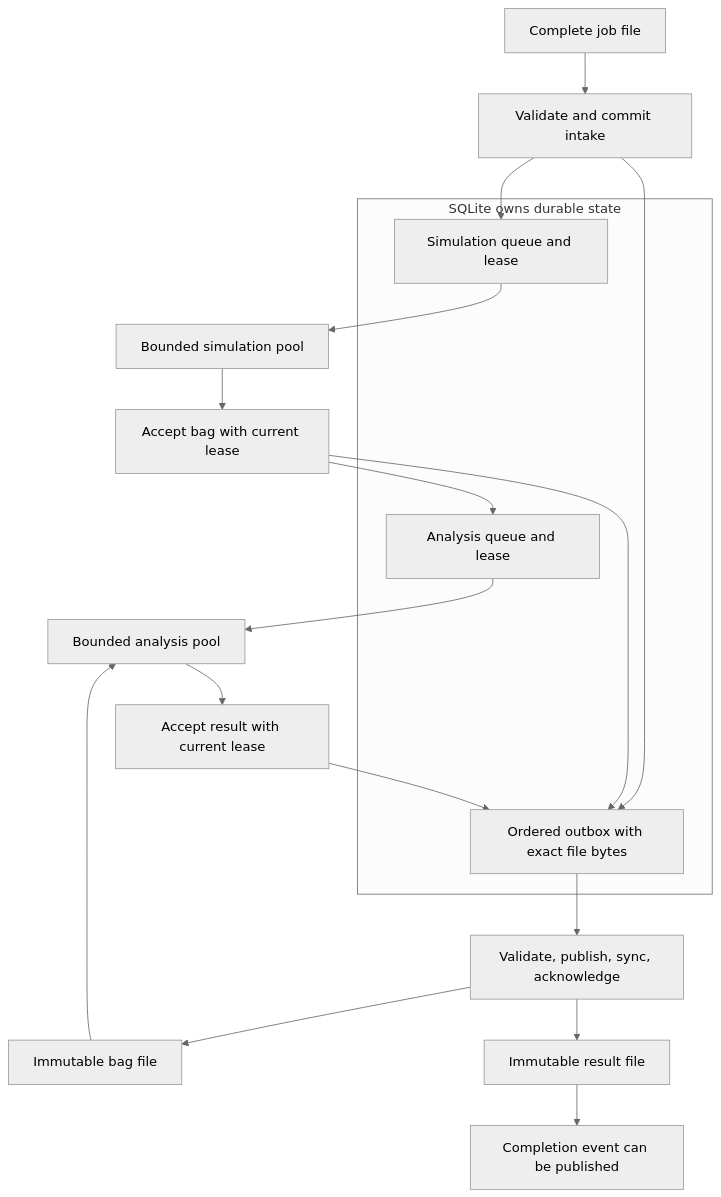
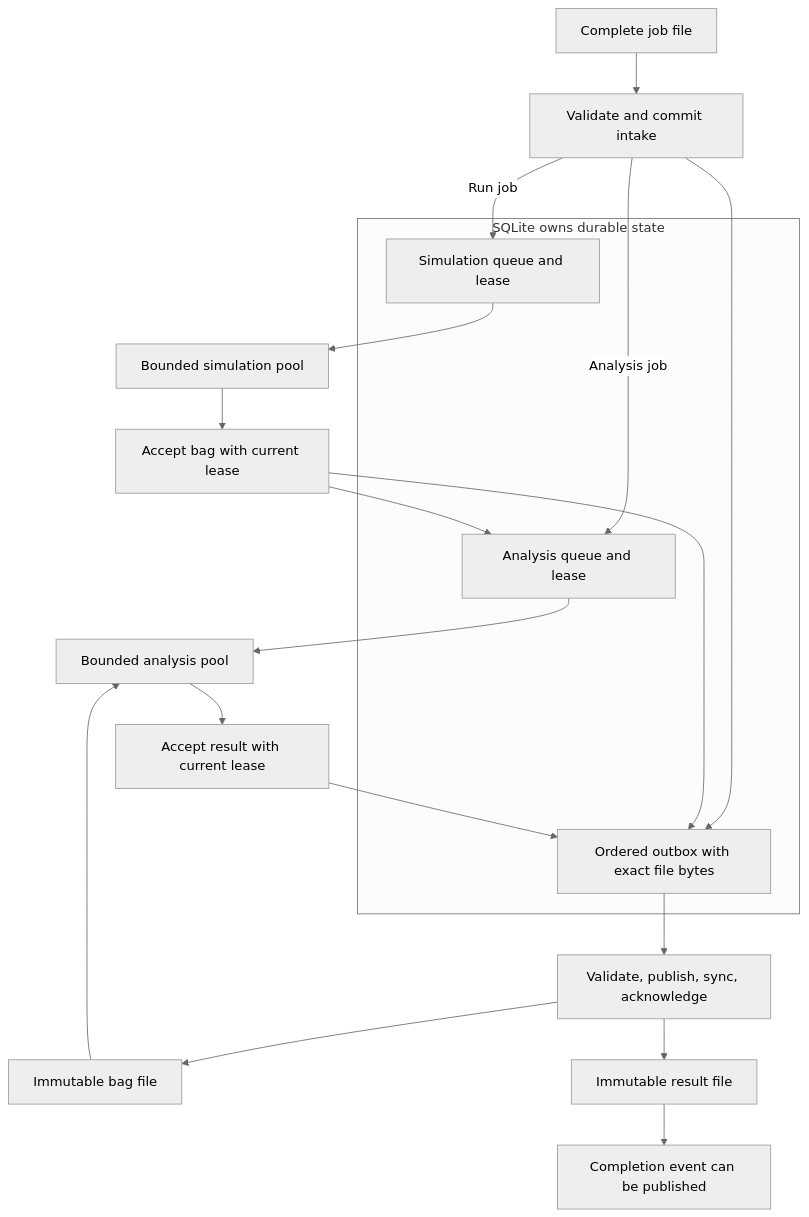
The diagram in docs/workers.md (samuelbutton/yamata), drawn with Mermaid (neutral theme) before and after one commit. The commit also changed other lines of this file and 21 other files, not shown here.

````diff
--- a/docs/workers.md
+++ b/docs/workers.md
@@ -62,23 +62,24 @@
 ```mermaid
 flowchart TD
     Job[Complete job file] --> Intake[Validate and commit intake]
     subgraph DB[SQLite owns durable state]
         SimQueue[Simulation queue and lease]
         AnalysisQueue[Analysis queue and lease]
         Outbox[Ordered outbox with exact file bytes]
     end
-    Intake --> SimQueue
+    Intake -->|Run job| SimQueue
+    Intake -->|Analysis job| AnalysisQueue
     Intake --> Outbox
     SimQueue --> SimPool[Bounded simulation pool]
     SimPool --> AcceptBag[Accept bag with current lease]
     AcceptBag --> AnalysisQueue
     AcceptBag --> Outbox
     Outbox --> Publisher[Validate, publish, sync, acknowledge]
     Publisher --> Bag[Immutable bag file]
     Bag --> AnalysisPool[Bounded analysis pool]
     AnalysisQueue --> AnalysisPool
     AnalysisPool --> AcceptResult[Accept result with current lease]
     AcceptResult --> Outbox
     Publisher --> Result[Immutable result file]
     Result --> Completion[Completion event can be published]
 ```
````
